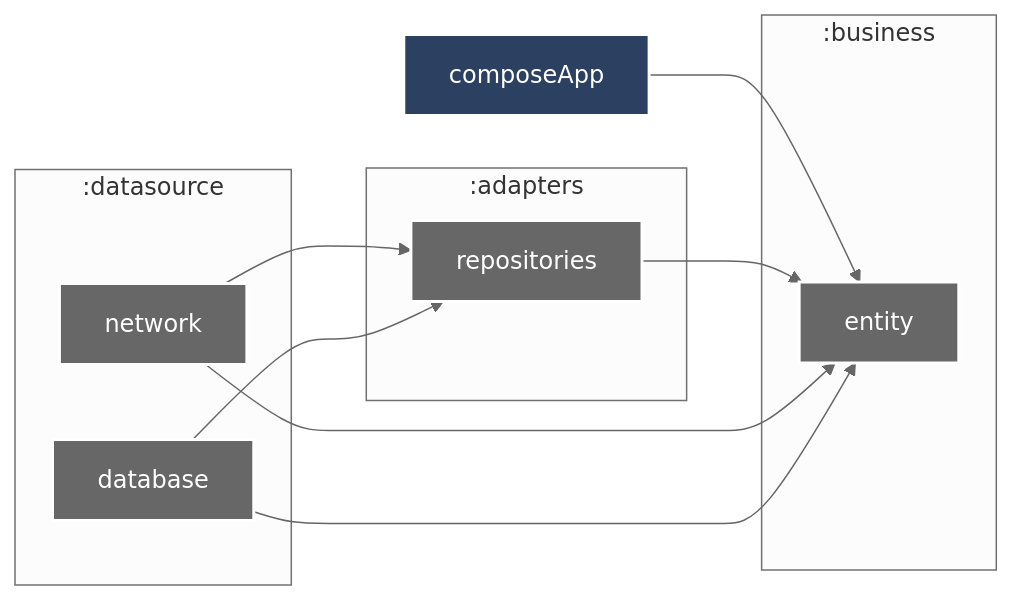
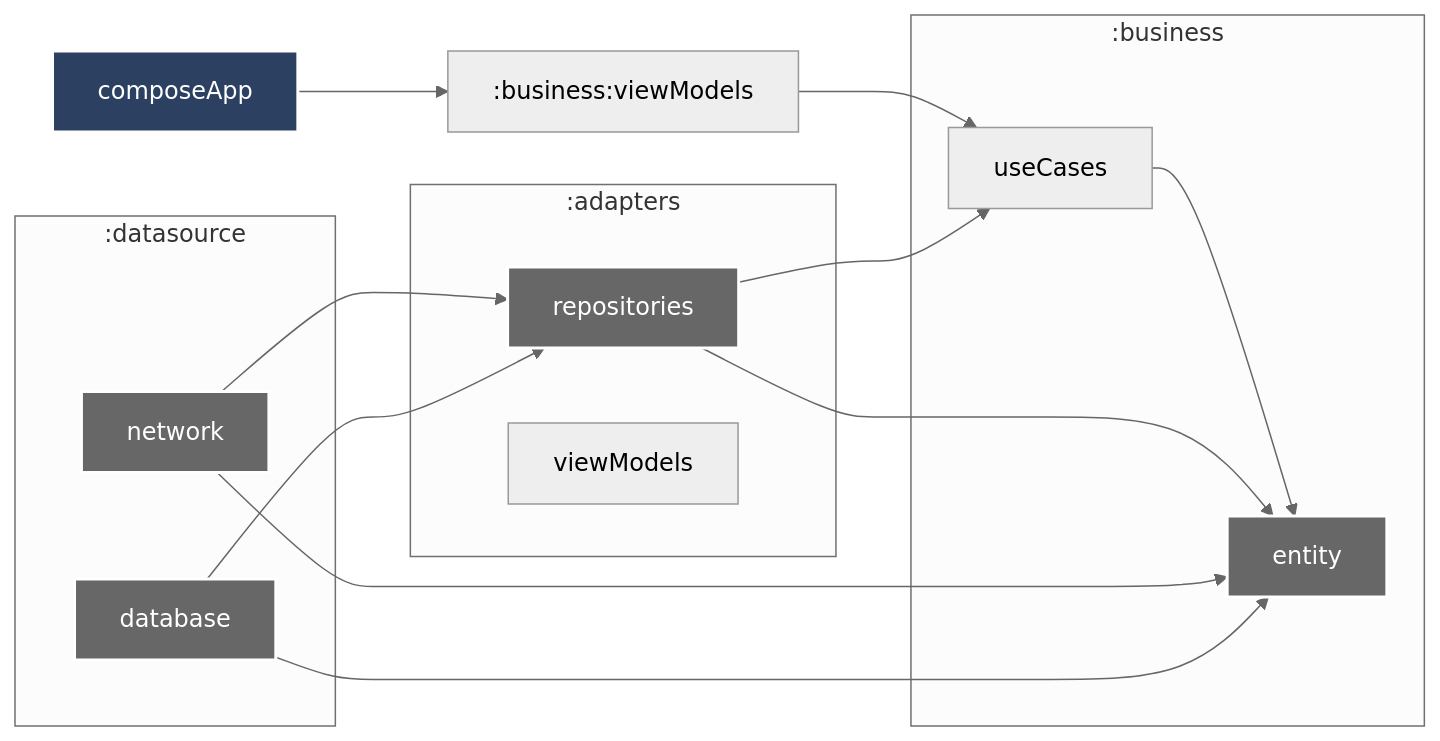
The diagram in MERMAID.md (enirsilvaferraz/Pokedex), drawn with Mermaid before and after one commit.

Commit message:
Docs: Update MERMAID diagram for Clean Architecture
This commit updates the MERMAID diagram in `MERMAID.md` to reflect the Clean Architecture structure of the application.

Key changes to the diagram:
- Added `useCases` to the `:business` subgraph.
- Added `viewModels` to the `:adapters` subgraph.
- Updated dependencies to show:
    - `:composeApp` depends on `:business:viewModels`.
    - `:business:viewModels` depends on `:business:useCases`.
    - `:business:useCases` depends on `:business:entity`.
    - `:adapters:repositories` depends on `:business:useCases`.
- Commented out previous direct dependencies from `:composeApp` to other layers.

````diff
--- a/MERMAID.md
+++ b/MERMAID.md
@@ -3,43 +3,51 @@
 ```mermaid
 %%{
   init: {
     'theme': 'neutral'
   }
 }%%
 
 graph LR
     
   :composeApp["composeApp"]
   
   subgraph :business
     :business:entity["entity"]
+    :business:useCases["useCases"]
   end
   
   subgraph :adapters
     :adapters:repositories["repositories"]
+    :adapters:viewModels["viewModels"]
   end
   
   subgraph :datasource
     :datasource:network["network"]
     :datasource:database["database"]
   end
 
-  :composeApp --> :business:entity
+  :composeApp --> :business:viewModels
+  :business:viewModels --> :business:useCases
+  :business:useCases --> :business:entity
+%%  :composeApp --> :business:entity
 %%  :composeApp --> :adapters:repositories
 %%  :composeApp --> :datasource:network
 %%  :composeApp --> :datasource:database
-  :adapters:repositories --> :business:entity
+   :adapters:repositories --> :business:entity
+   :adapters:repositories --> :business:useCases
+  
   :datasource:network --> :business:entity
   :datasource:network --> :adapters:repositories
+  
   :datasource:database --> :business:entity
   :datasource:database --> :adapters:repositories
 
 classDef android-application fill:#2C4162,stroke:#fff,stroke-width:2px,color:#fff;
 classDef unknown fill:#676767,stroke:#fff,stroke-width:2px,color:#fff;
 class :composeApp android-application
 class :business:entity unknown
 class :adapters:repositories unknown
 class :datasource:network unknown
 class :datasource:database unknown
 
 ```
````
